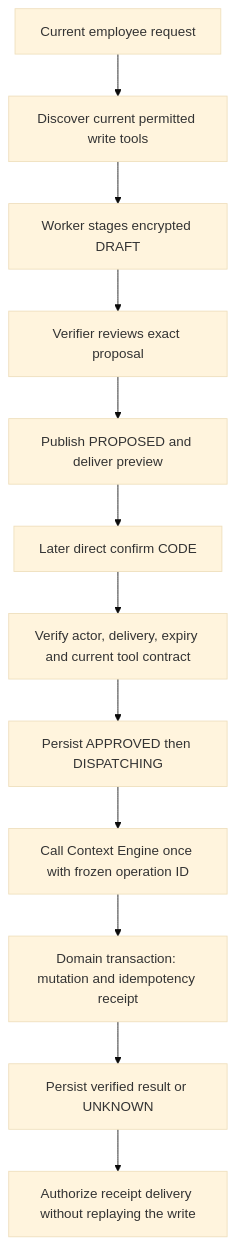
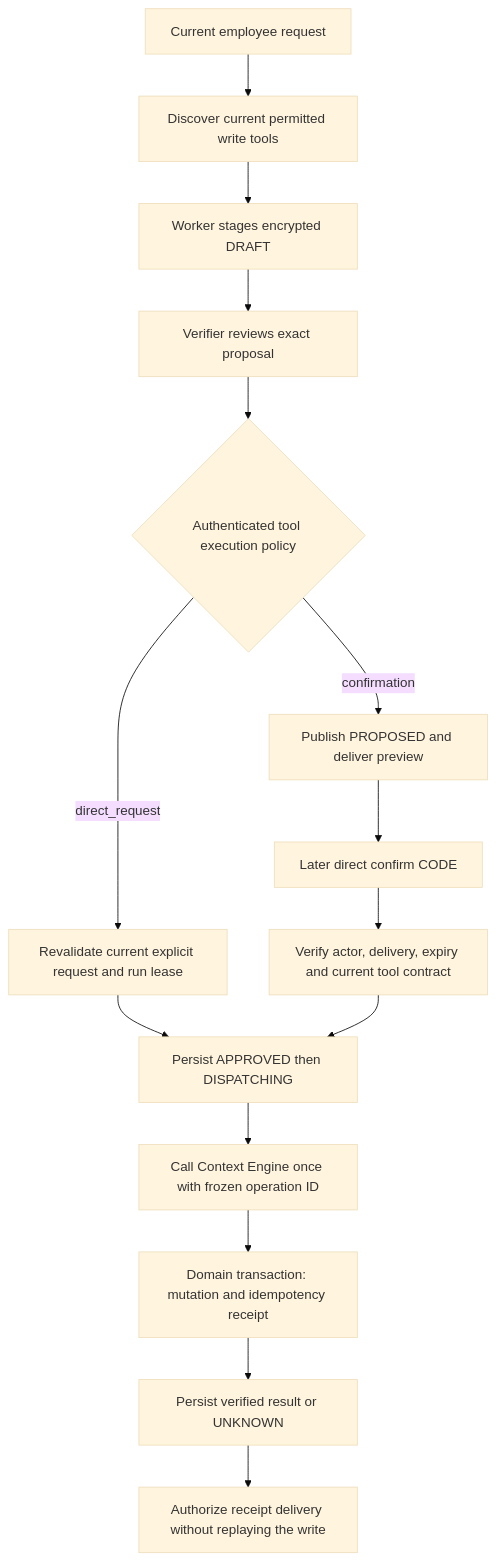
One commit to rs0125/ramesh-bot changed the diagram in docs/business-writes.md. Above: the diagram before and after it, drawn with Mermaid (base theme). The commit also changed other lines of this file and 24 other files, not shown here.

Commit message:
Add policy-driven writes and direct Gmail draft workflows

````diff
--- a/docs/business-writes.md
+++ b/docs/business-writes.md
@@ -13,14 +26,17 @@
 ```mermaid
 flowchart TD
   A[Current employee request] --> B[Discover current permitted write tools]
   B --> C[Worker stages encrypted DRAFT]
   C --> D[Verifier reviews exact proposal]
-  D --> E[Publish PROPOSED and deliver preview]
+  D --> P{Authenticated tool execution policy}
+  P -->|confirmation| E[Publish PROPOSED and deliver preview]
+  P -->|direct_request| R[Revalidate current explicit request and run lease]
+  R --> H
   E --> F[Later direct confirm CODE]
   F --> G[Verify actor, delivery, expiry and current tool contract]
   G --> H[Persist APPROVED then DISPATCHING]
   H --> I[Call Context Engine once with frozen operation ID]
   I --> J[Domain transaction: mutation and idempotency receipt]
   J --> K[Persist verified result or UNKNOWN]
   K --> L[Authorize receipt delivery without replaying the write]
 ```
````
